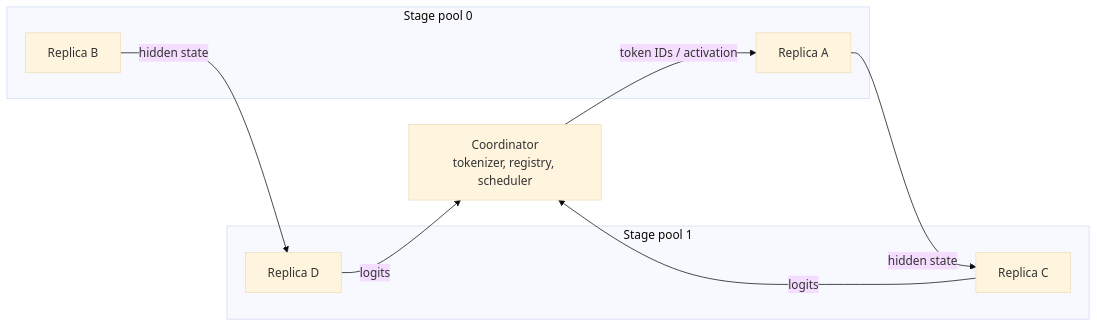
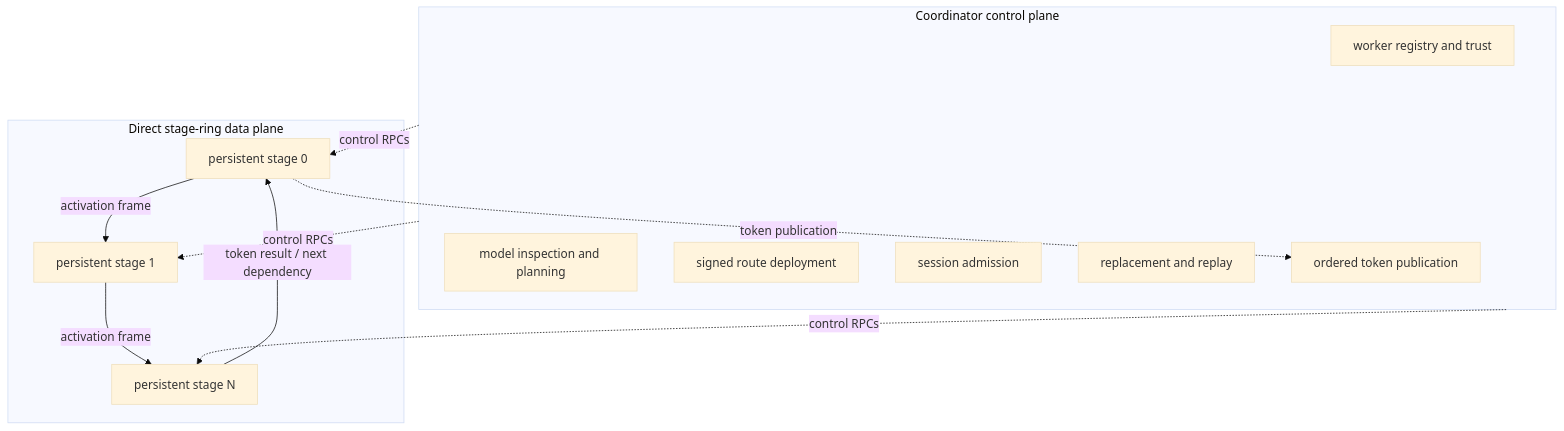
The diagram in docs/architecture.md (mmprotest/swarm-inference-lab), drawn with Mermaid (base theme) before and after one commit. The commit also changed other lines of this file and 59 other files, not shown here.

````diff
--- a/docs/architecture.md
+++ b/docs/architecture.md
@@ -6,16 +7,25 @@
 ```mermaid
-flowchart LR
-    C[Coordinator<br/>tokenizer, registry, scheduler] -->|token IDs / activation| S0
-    subgraph P0[Stage pool 0]
-      S0[Replica A]
-      S0B[Replica B]
+flowchart TB
+    subgraph C[Coordinator control plane]
+      REG[worker registry and trust]
+      PLAN[model inspection and planning]
+      DEPLOY[signed route deployment]
+      ADMIT[session admission]
+      RECOVER[replacement and replay]
+      PUB[ordered token publication]
     end
-    subgraph P1[Stage pool 1]
-      S1[Replica C]
-      S1B[Replica D]
+
+    subgraph R[Direct stage-ring data plane]
+      S0[persistent stage 0]
+      S1[persistent stage 1]
+      SN[persistent stage N]
+      S0 -->|activation frame| S1
+      S1 -->|activation frame| SN
+      SN -->|token result / next dependency| S0
     end
-    S0 -->|hidden state| S1
-    S0B -->|hidden state| S1B
-    S1 -->|logits| C
-    S1B -->|logits| C
+
+    C -. control RPCs .-> S0
+    C -. control RPCs .-> S1
+    C -. control RPCs .-> SN
+    S0 -. token publication .-> PUB
 ```
````
